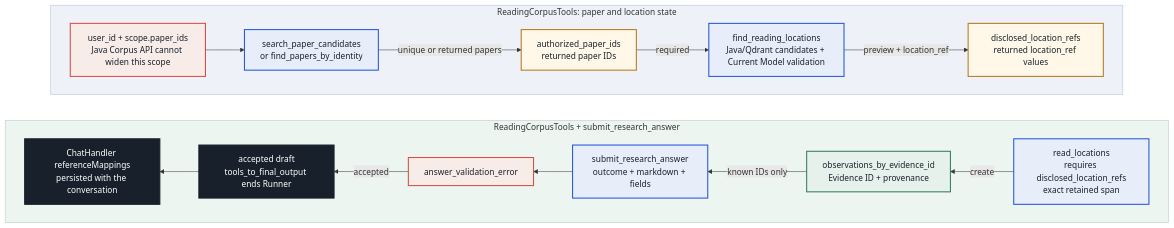
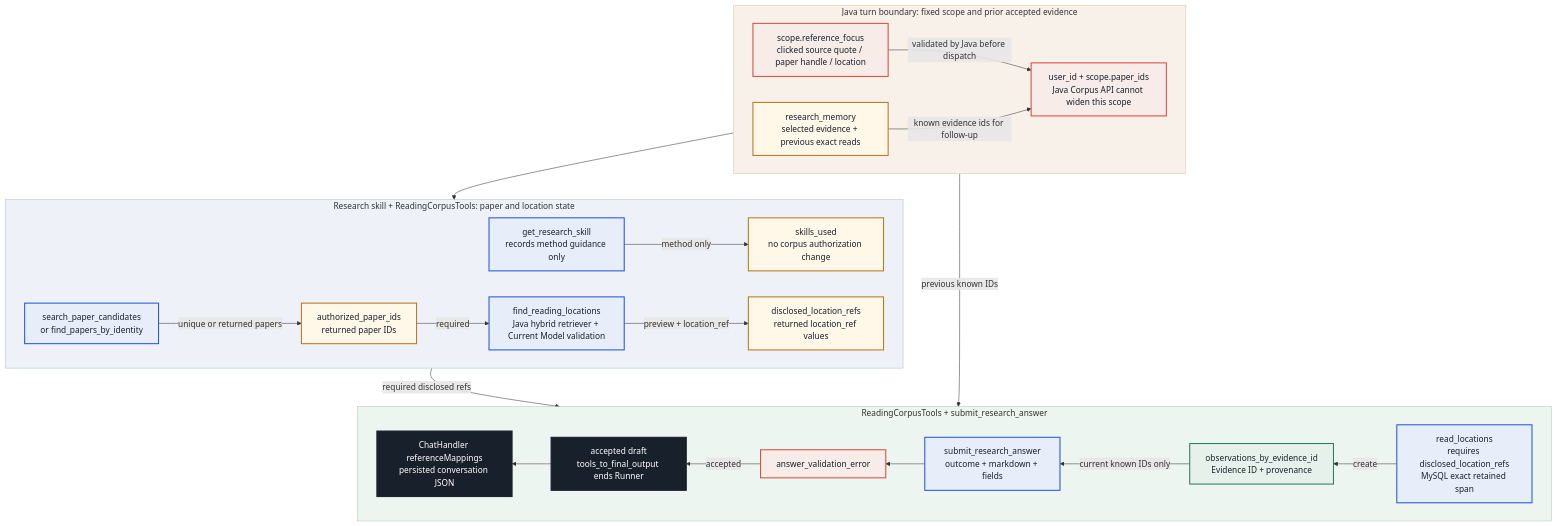
One commit to CHZarles/paperloom changed the diagram in site/diagrams/evidence-flow.mmd. Above: the diagram before and after it, drawn with Mermaid. The commit also changed 61 other files, not shown here.

```diff
--- a/site/diagrams/evidence-flow.mmd
+++ b/site/diagrams/evidence-flow.mmd
@@ -1,42 +1,58 @@
 flowchart TB
-    subgraph ROW1["ReadingCorpusTools: paper and location state"]
+    subgraph ROW0["Java turn boundary: fixed scope and prior accepted evidence"]
         direction LR
         SCOPE["user_id + scope.paper_ids<br/>Java Corpus API cannot widen this scope"]:::control
+        MEMORY["research_memory<br/>selected evidence + previous exact reads"]:::state
+        FOCUS["scope.reference_focus<br/>clicked source quote / paper handle / location"]:::control
+
+        FOCUS -->|validated by Java before dispatch| SCOPE
+        MEMORY -->|known evidence ids for follow-up| SCOPE
+    end
+
+    subgraph ROW1["Research skill + ReadingCorpusTools: paper and location state"]
+        direction LR
+        SKILL["get_research_skill<br/>records method guidance only"]:::tool
+        SKILLS["skills_used<br/>no corpus authorization change"]:::state
         DISCOVER["search_paper_candidates<br/>or find_papers_by_identity"]:::tool
         PAPERS["authorized_paper_ids<br/>returned paper IDs"]:::state
-        LOCATE["find_reading_locations<br/>Java/Qdrant candidates + Current Model validation"]:::tool
+        LOCATE["find_reading_locations<br/>Java hybrid retriever + Current Model validation"]:::tool
         LOCATIONS["disclosed_location_refs<br/>returned location_ref values"]:::state
 
+        SKILL -->|method only| SKILLS
         SCOPE --> DISCOVER
         DISCOVER -->|unique or returned papers| PAPERS
         PAPERS -->|required| LOCATE
         LOCATE -->|preview + location_ref| LOCATIONS
     end
 
     subgraph ROW2["ReadingCorpusTools + submit_research_answer"]
         direction RL
-        READ["read_locations<br/>requires disclosed_location_refs<br/>exact retained span"]:::tool
+        READ["read_locations<br/>requires disclosed_location_refs<br/>MySQL exact retained span"]:::tool
         EVIDENCE["observations_by_evidence_id<br/>Evidence ID + provenance"]:::evidence
         SUBMIT["submit_research_answer<br/>outcome + markdown + fields"]:::tool
         VALIDATE["answer_validation_error"]:::control
         ACCEPTED["accepted draft<br/>tools_to_final_output ends Runner"]:::answer
-        REFERENCES["ChatHandler referenceMappings<br/>persisted with the conversation"]:::source
+        REFERENCES["ChatHandler referenceMappings<br/>persisted conversation JSON"]:::source
 
         READ -->|create| EVIDENCE
-        EVIDENCE -->|known IDs only| SUBMIT
+        MEMORY -->|previous known IDs| SUBMIT
+        EVIDENCE -->|current known IDs only| SUBMIT
         SUBMIT --> VALIDATE
         VALIDATE -->|accepted| ACCEPTED
         ACCEPTED --> REFERENCES
     end
 
-    LOCATIONS ~~~ READ
+    LOCATIONS -->|required disclosed refs| READ
+    SKILLS ~~~ SUBMIT
+    FOCUS ~~~ READ
 
     classDef source fill:#18212b,color:#ffffff,stroke:#18212b,stroke-width:2px;
     classDef control fill:#f8ece9,color:#18212b,stroke:#d94b40,stroke-width:2px;
     classDef tool fill:#e8eef9,color:#18212b,stroke:#2356d8,stroke-width:2px;
     classDef state fill:#fff7e7,color:#18212b,stroke:#b6781f,stroke-width:2px;
     classDef evidence fill:#e7f1ec,color:#18212b,stroke:#327a63,stroke-width:2px;
     classDef answer fill:#18212b,color:#ffffff,stroke:#18212b,stroke-width:2px;
 
     style ROW1 fill:#eef2f8,stroke:#aebed8,stroke-width:1px
     style ROW2 fill:#edf5f1,stroke:#afc8bc,stroke-width:1px
+    style ROW0 fill:#f8f1ea,stroke:#d8c7a7,stroke-width:1px
```
